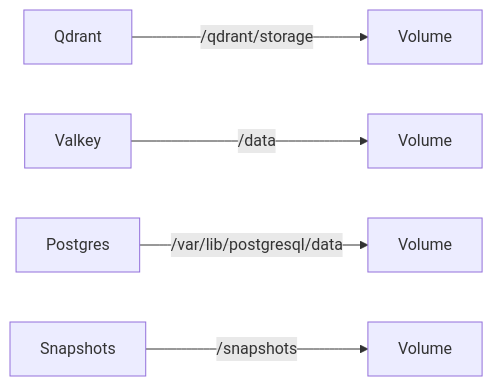
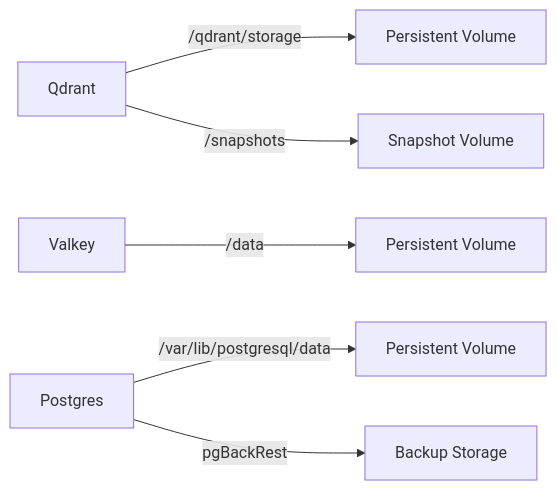
The sixth of 9 diagrams in .qoder/repowiki/en/content/Architecture & Design/Deployment & Infrastructure.md (debian777/kairos-mcp), drawn with Mermaid before and after one commit. The commit also changed other lines of this file and 17 other files, not shown here.

````diff
--- a/.qoder/repowiki/en/content/Architecture & Design/Deployment & Infrastructure.md
+++ b/.qoder/repowiki/en/content/Architecture & Design/Deployment & Infrastructure.md
@@ -306,7 +332,8 @@
 ```mermaid
 graph LR
-Q["Qdrant"] -- "/qdrant/storage" --> VQ["Volume"]
-VAL["Valkey"] -- "/data" --> VV["Volume"]
-PG["Postgres"] -- "/var/lib/postgresql/data" --> VP["Volume"]
-SNAP["Snapshots"] -- "/snapshots" --> VA["Volume"]
+Q["Qdrant"] -- "/qdrant/storage" --> VQ["Persistent Volume"]
+Q -- "/snapshots" --> SQ["Snapshot Volume"]
+VAL["Valkey"] -- "/data" --> VV["Persistent Volume"]
+PG["Postgres"] -- "/var/lib/postgresql/data" --> VP["Persistent Volume"]
+PG -- "pgBackRest" --> PB["Backup Storage"]
 ```
````
